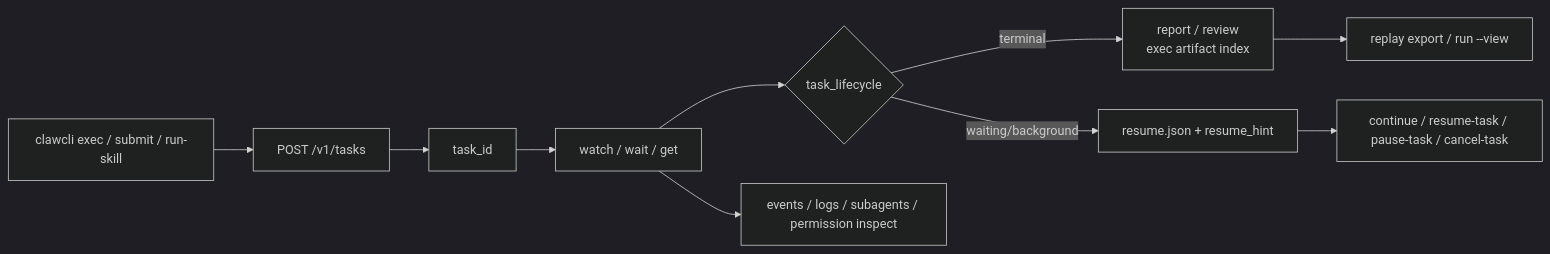
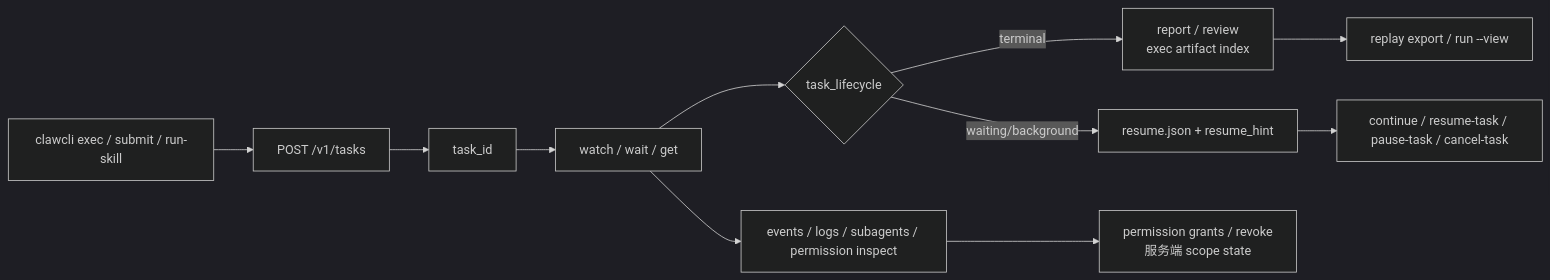
Before and after one commit to MatrixCoreX/RustClaw: the sixth of 7 diagrams in README.zh-CN.md, drawn with Mermaid (dark theme). The commit also changed other lines of this file and 36 other files, not shown here.

````diff
--- a/README.zh-CN.md
+++ b/README.zh-CN.md
@@ -442,12 +474,13 @@
 ```mermaid
 flowchart LR
     A[clawcli exec / submit / run-skill] --> B[POST /v1/tasks]
     B --> C[task_id]
     C --> D[watch / wait / get]
     D --> E{task_lifecycle}
     E -->|terminal| F[report / review<br/>exec artifact index]
     F --> R[replay export / run --view]
     E -->|waiting/background| G[resume.json + resume_hint]
     G --> H[continue / resume-task / pause-task / cancel-task]
     D --> I[events / logs / subagents / permission inspect]
+    I --> IA[permission grants / revoke<br/>服务端 scope state]
 ```
````
